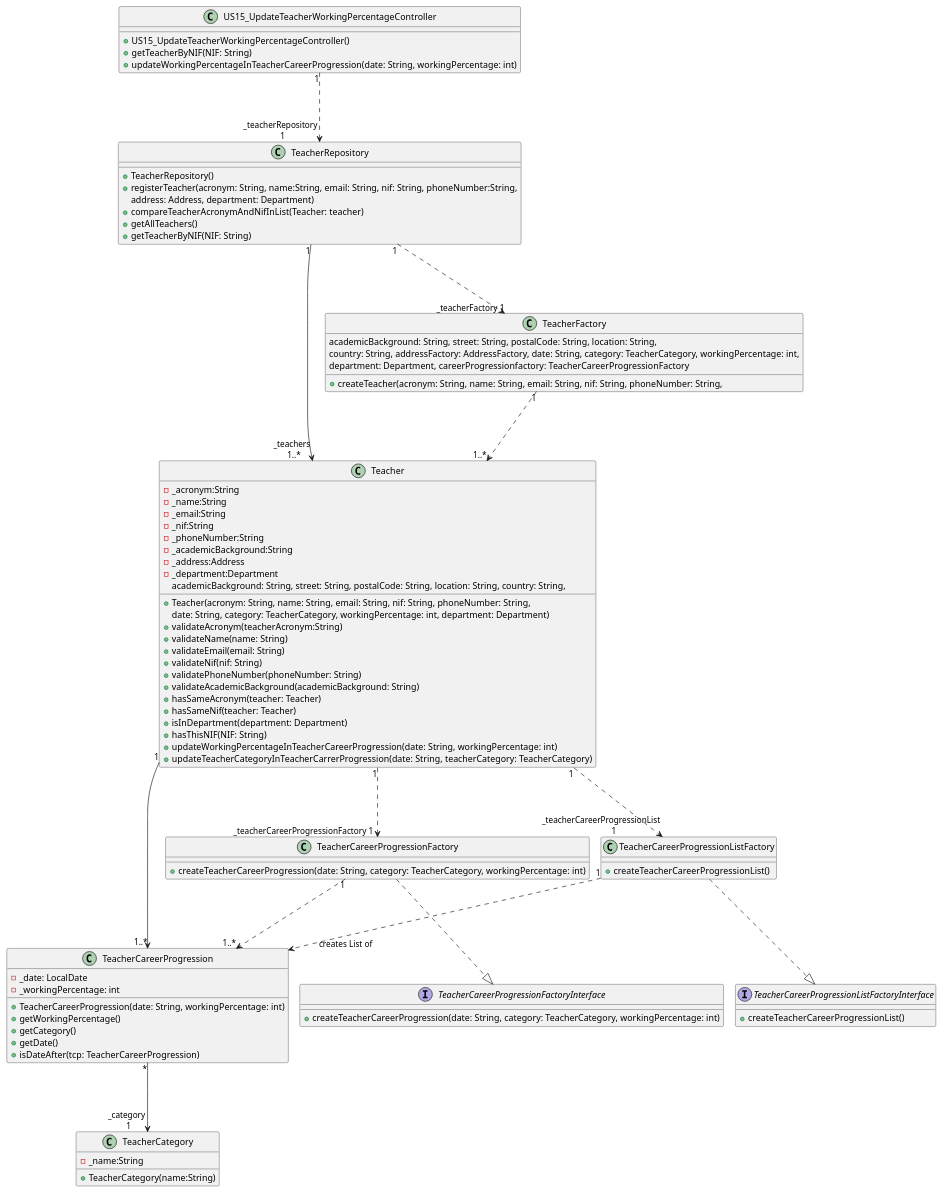
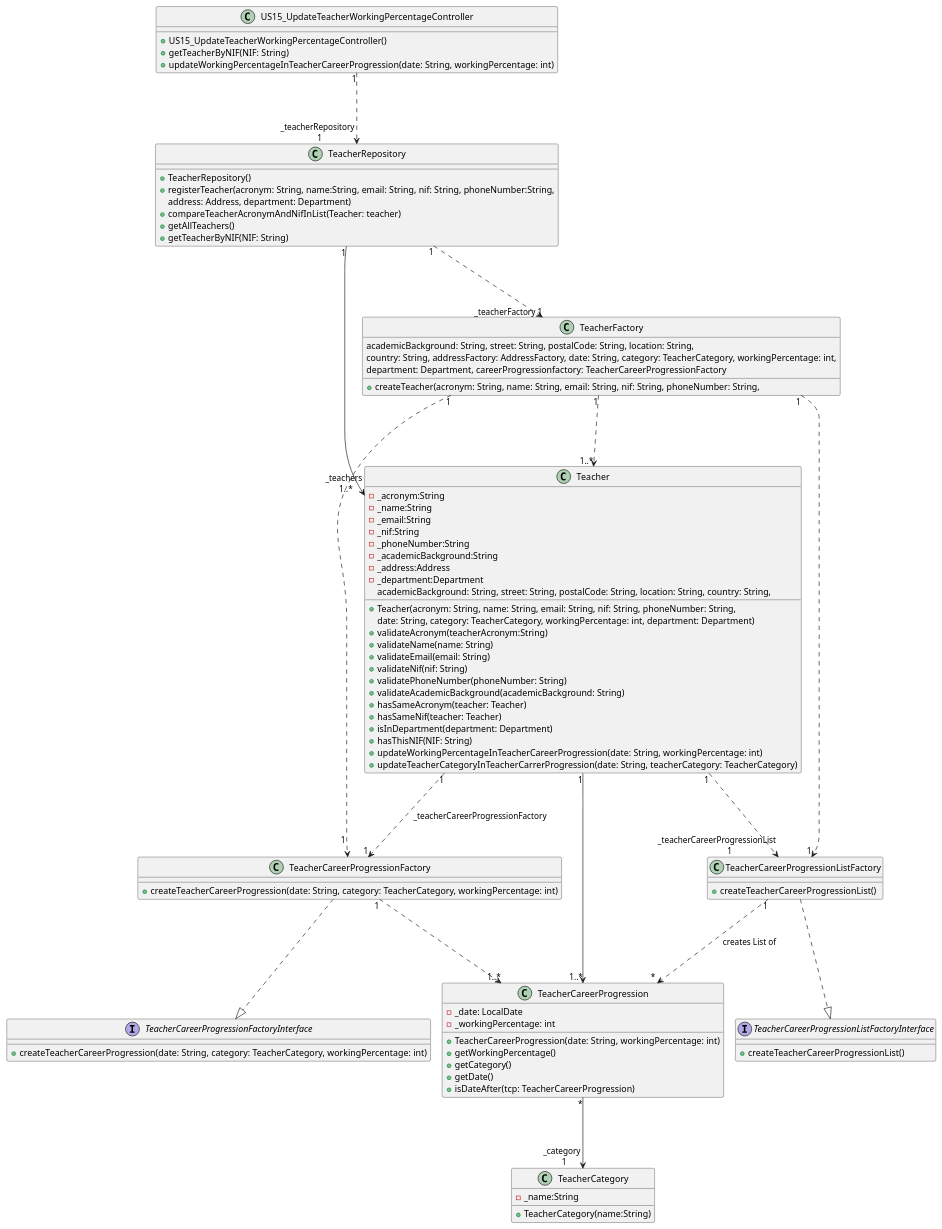
One commit to GasparISEP/DevOps-PAI changed the diagram in docs/US15/US15_ClassDiagram.puml. Above: the diagram before and after it, drawn with PlantUML. The commit also changed 2 other files, not shown here.

Commit message:
Changes to US15 class diagram and US08 class diagram regarding factories, interfaces, and other adjustments + added a test to TeacherCareerProgressionListFactory Test

```diff
--- a/docs/US15/US15_ClassDiagram.puml
+++ b/docs/US15/US15_ClassDiagram.puml
@@ -1,98 +1,100 @@
 @startuml
 
 !pragma layout smetana
 'left to right direction
 
 class US15_UpdateTeacherWorkingPercentageController {
     +US15_UpdateTeacherWorkingPercentageController()
     +getTeacherByNIF(NIF: String)
     +updateWorkingPercentageInTeacherCareerProgression(date: String, workingPercentage: int)
 }
 
 class Teacher {
      -_acronym:String
      -_name:String
      -_email:String
      -_nif:String
      -_phoneNumber:String
      -_academicBackground:String
      -_address:Address
      -_department:Department
      +Teacher(acronym: String, name: String, email: String, nif: String, phoneNumber: String,
      academicBackground: String, street: String, postalCode: String, location: String, country: String,
      date: String, category: TeacherCategory, workingPercentage: int, department: Department)
      +validateAcronym(teacherAcronym:String)
      +validateName(name: String)
      +validateEmail(email: String)
      +validateNif(nif: String)
      +validatePhoneNumber(phoneNumber: String)
      +validateAcademicBackground(academicBackground: String)
      +hasSameAcronym(teacher: Teacher)
      +hasSameNif(teacher: Teacher)
      +isInDepartment(department: Department)
      +hasThisNIF(NIF: String)
      +updateWorkingPercentageInTeacherCareerProgression(date: String, workingPercentage: int)
      +updateTeacherCategoryInTeacherCarrerProgression(date: String, teacherCategory: TeacherCategory)
 }
 
 class TeacherFactory {
     +createTeacher(acronym: String, name: String, email: String, nif: String, phoneNumber: String,
    academicBackground: String, street: String, postalCode: String, location: String,
    country: String, addressFactory: AddressFactory, date: String, category: TeacherCategory, workingPercentage: int,
    department: Department, careerProgressionfactory: TeacherCareerProgressionFactory
 }
 
 class TeacherCareerProgression {
     -_date: LocalDate
     -_workingPercentage: int
     +TeacherCareerProgression(date: String, workingPercentage: int)
     +getWorkingPercentage()
     +getCategory()
     +getDate()
     +isDateAfter(tcp: TeacherCareerProgression)
 }
 
 class TeacherRepository {
     +TeacherRepository()
     +registerTeacher(acronym: String, name:String, email: String, nif: String, phoneNumber:String,
                           address: Address, department: Department)
     +compareTeacherAcronymAndNifInList(Teacher: teacher)
     +getAllTeachers()
     +getTeacherByNIF(NIF: String)
 }
 
 class TeacherCategory {
     -_name:String
     + TeacherCategory(name:String)
 }
 
 class TeacherCareerProgressionFactory {
     +createTeacherCareerProgression(date: String, category: TeacherCategory, workingPercentage: int)
 }
 
 interface TeacherCareerProgressionFactoryInterface {
     +createTeacherCareerProgression(date: String, category: TeacherCategory, workingPercentage: int)
 }
 
 class TeacherCareerProgressionListFactory {
     +createTeacherCareerProgressionList()
 }
 
 interface TeacherCareerProgressionListFactoryInterface {
     +createTeacherCareerProgressionList()
 }
 
 US15_UpdateTeacherWorkingPercentageController "1" ....> "_teacherRepository \n 1" TeacherRepository
 Teacher "_teachers \n 1..*" <---- "1" TeacherRepository
 Teacher "1" ----> "\n 1..*" TeacherCareerProgression
 TeacherFactory "1" ....> "1..*" Teacher
+TeacherFactory "1" ....> "1 \n" TeacherCareerProgressionFactory
+TeacherFactory "1" ....> "1" TeacherCareerProgressionListFactory
 TeacherRepository "1" ....> "_teacherFactory 1" TeacherFactory
 TeacherCareerProgression "*" ----> "_category \n 1" TeacherCategory
-Teacher "1" ....> "_teacherCareerProgressionFactory 1  " TeacherCareerProgressionFactory
+Teacher "1" ....> "1" TeacherCareerProgressionFactory: _teacherCareerProgressionFactory
 TeacherCareerProgressionFactory "1" ....> "1..*" TeacherCareerProgression
 Teacher "1" ....> "_teacherCareerProgressionList \n           1" TeacherCareerProgressionListFactory
 TeacherCareerProgressionFactory ....|> TeacherCareerProgressionFactoryInterface
 TeacherCareerProgressionListFactory ....|> TeacherCareerProgressionListFactoryInterface
-TeacherCareerProgressionListFactory "1" ....> "              creates List of" TeacherCareerProgression
+TeacherCareerProgressionListFactory "1" ....> " * " TeacherCareerProgression: creates List of
 
 @enduml
```
